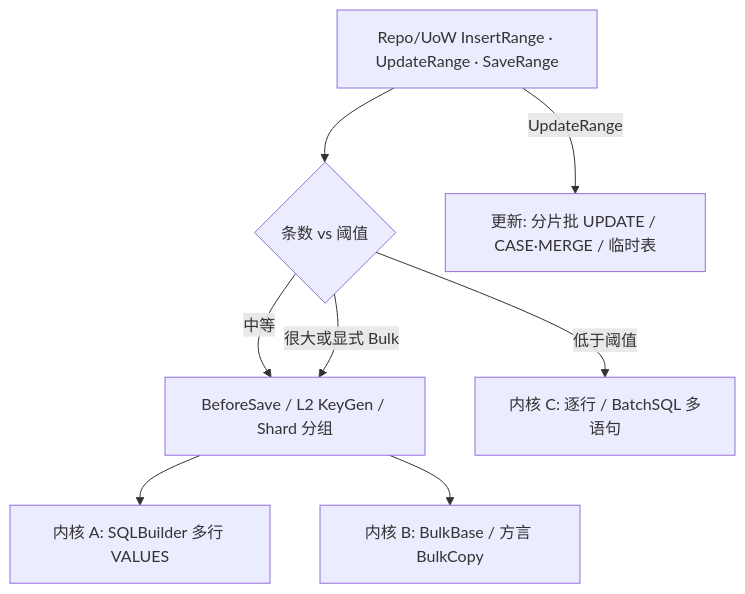
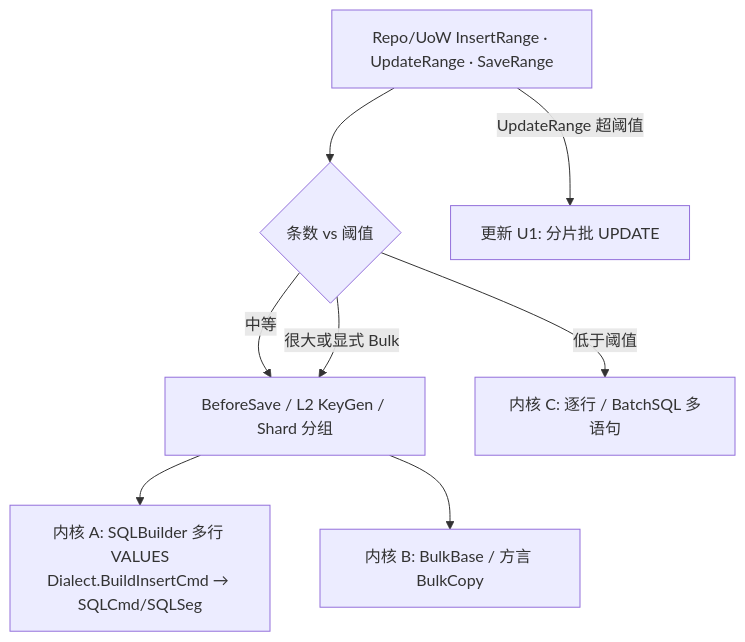
Before and after one commit to sailuosi/mooSQL: the diagram in doc/design/features/仓储/批量写入性能优化.md, drawn with Mermaid. The commit also changed other lines of this file and 5 other files, not shown here.

````diff
--- a/doc/design/features/仓储/批量写入性能优化.md
+++ b/doc/design/features/仓储/批量写入性能优化.md
@@ -20,15 +22,15 @@
 ```mermaid
 flowchart TD
   api["Repo/UoW InsertRange · UpdateRange · SaveRange"]
   size{条数 vs 阈值}
   hooks[BeforeSave / L2 KeyGen / Shard 分组]
-  multi["内核 A: SQLBuilder 多行 VALUES"]
+  multi["内核 A: SQLBuilder 多行 VALUES\nDialect.BuildInsertCmd → SQLCmd/SQLSeg"]
   bulk["内核 B: BulkBase / 方言 BulkCopy"]
   row["内核 C: 逐行 / BatchSQL 多语句"]
-  upd["更新: 分片批 UPDATE / CASE·MERGE / 临时表"]
+  upd["更新 U1: 分片批 UPDATE"]
   api --> size
   size -->|低于阈值| row
   size -->|中等| hooks --> multi
   size -->|很大或显式 Bulk| hooks --> bulk
-  api -->|UpdateRange| upd
+  api -->|UpdateRange 超阈值| upd
 ```
````
